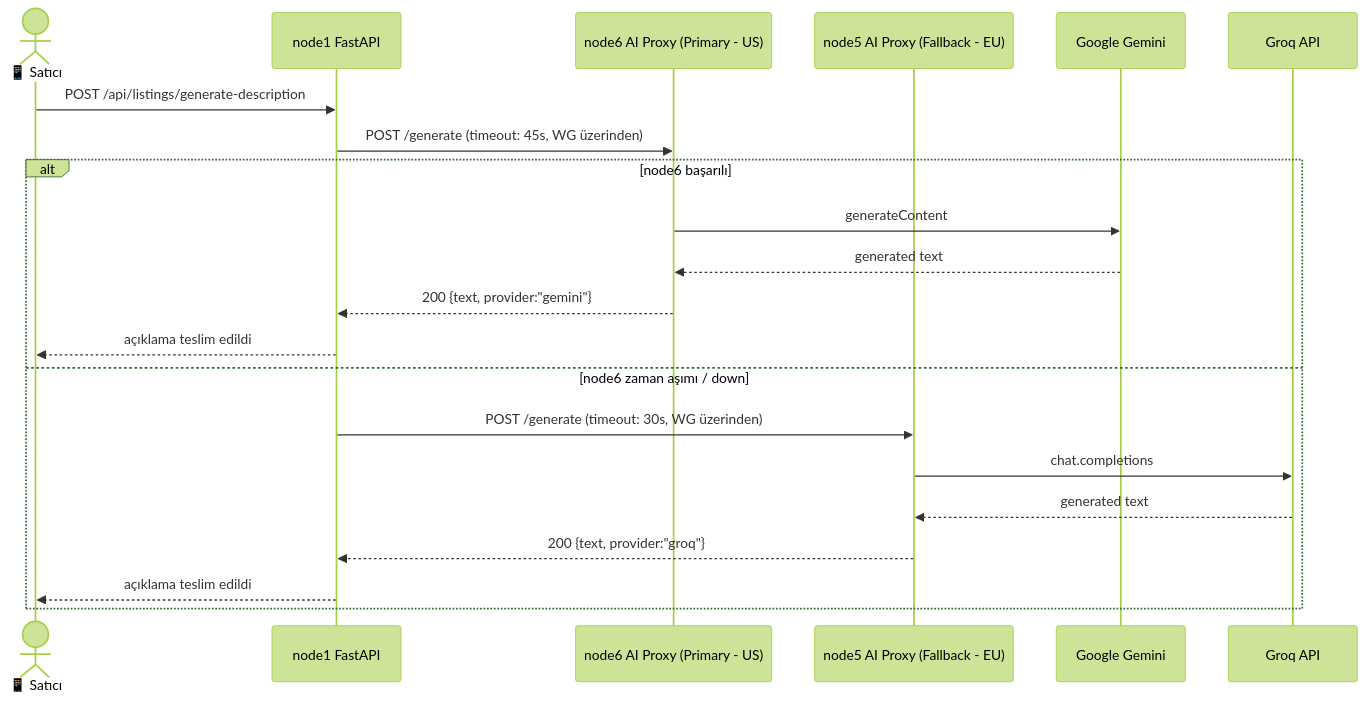
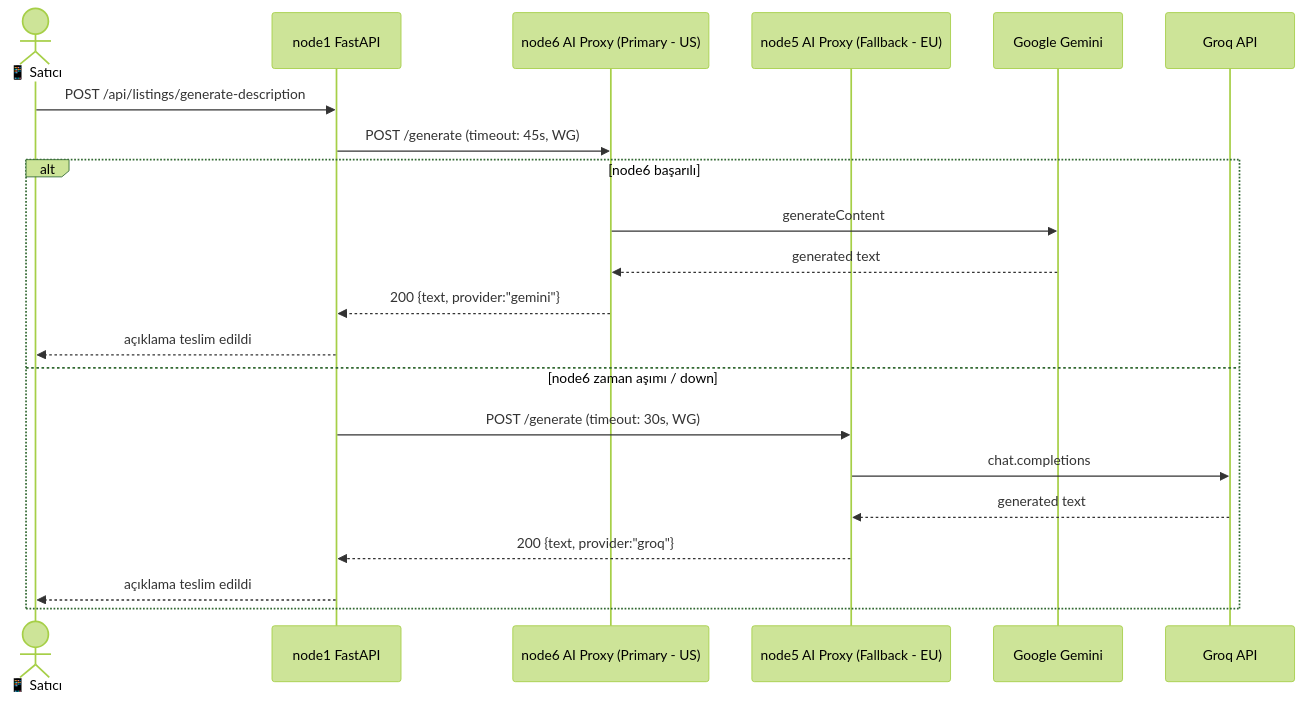
One commit to tucibeyin/teqlif changed the fifth of 7 diagrams in README.md. Above: the diagram before and after it, drawn with Mermaid (forest theme). The commit also changed other lines of this file, not shown here.

````diff
--- a/README.md
+++ b/README.md
@@ -130,24 +263,24 @@
 ```mermaid
 sequenceDiagram
     actor User as 📱 Satıcı
     participant API as node1 FastAPI
     participant N6 as node6 AI Proxy (Primary - US)
     participant N5 as node5 AI Proxy (Fallback - EU)
     participant GEM as Google Gemini
     participant GROQ as Groq API
 
     User->>API: POST /api/listings/generate-description
-    API->>N6: POST /generate (timeout: 45s, WG üzerinden)
+    API->>N6: POST /generate (timeout: 45s, WG)
     alt node6 başarılı
         N6->>GEM: generateContent
         GEM-->>N6: generated text
         N6-->>API: 200 {text, provider:"gemini"}
         API-->>User: açıklama teslim edildi
     else node6 zaman aşımı / down
-        API->>N5: POST /generate (timeout: 30s, WG üzerinden)
+        API->>N5: POST /generate (timeout: 30s, WG)
         N5->>GROQ: chat.completions
         GROQ-->>N5: generated text
         N5-->>API: 200 {text, provider:"groq"}
         API-->>User: açıklama teslim edildi
     end
 ```
````
